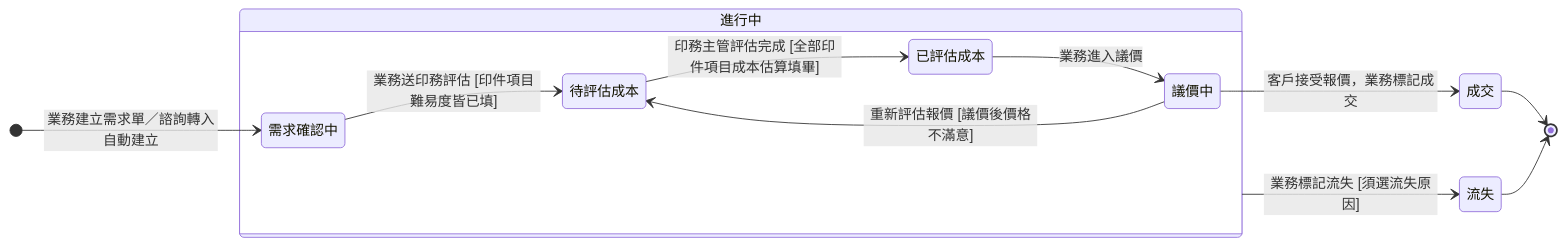
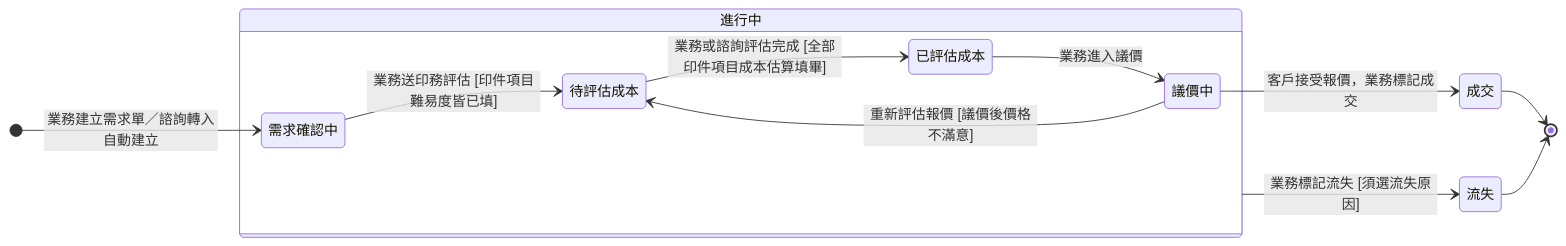
The diagram in memory/Sens_wiki/wiki/erp/06-state-machines/範例 - 狀態機.md (Kawato-Miles/erp-spec), drawn with Mermaid before and after one commit. The commit also changed other lines of this file and 29 other files, not shown here.

````diff
--- a/memory/Sens_wiki/wiki/erp/06-state-machines/範例 - 狀態機.md
+++ b/memory/Sens_wiki/wiki/erp/06-state-machines/範例 - 狀態機.md
@@ -58,27 +58,27 @@
 ```mermaid
 stateDiagram-v2
     direction LR
 
     [*] --> s_confirm : 業務建立需求單／諮詢轉入自動建立
 
     state "進行中" as InProgress {
         direction LR
         state "需求確認中" as s_confirm
         state "待評估成本" as s_wait
         state "已評估成本" as s_est
         state "議價中" as s_nego
         s_confirm --> s_wait : 業務送印務評估 [印件項目難易度皆已填]
-        s_wait --> s_est : 印務主管評估完成 [全部印件項目成本估算填畢]
+        s_wait --> s_est : 業務或諮詢評估完成 [全部印件項目成本估算填畢]
         s_est --> s_nego : 業務進入議價
         s_nego --> s_wait : 重新評估報價 [議價後價格不滿意]
     }
 
     state "成交" as s_won
     state "流失" as s_lost
 
     s_nego --> s_won : 客戶接受報價，業務標記成交
     InProgress --> s_lost : 業務標記流失 [須選流失原因]
 
     s_won --> [*]
     s_lost --> [*]
 ```
````
